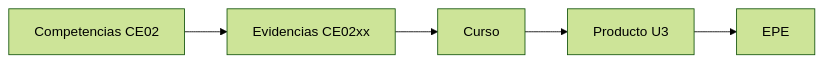
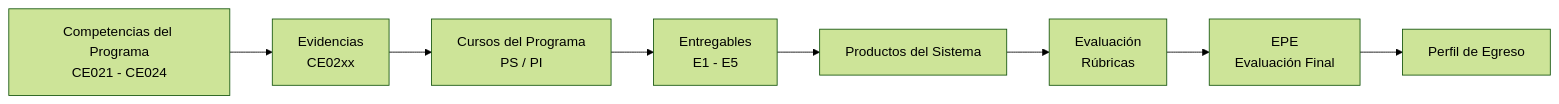
Before and after one commit to upeuoficial/carrera-sistemas-docs-operativos: the diagram in docs/lineas/software/index.md, drawn with Mermaid (forest theme). The commit also changed other lines of this file and 5 other files, not shown here.

````diff
--- a/docs/lineas/software/index.md
+++ b/docs/lineas/software/index.md
@@ -24,7 +25,18 @@
 ```mermaid
 flowchart LR
-A[Competencias CE02] --> B[Evidencias CE02xx]
-B --> C[Curso]
-C --> D[Producto U3]
-D --> E[EPE]
+
+A[Competencias del Programa<br>CE021 - CE024] --> B[Evidencias<br>CE02xx]
+
+B --> C[Cursos del Programa<br>PS / PI]
+
+C --> D[Entregables<br>E1 - E5]
+
+D --> E[Productos del Sistema]
+
+E --> F[Evaluación<br>Rúbricas]
+
+F --> G[EPE<br>Evaluación Final]
+
+G --> H[Perfil de Egreso]
+
 ```
````
